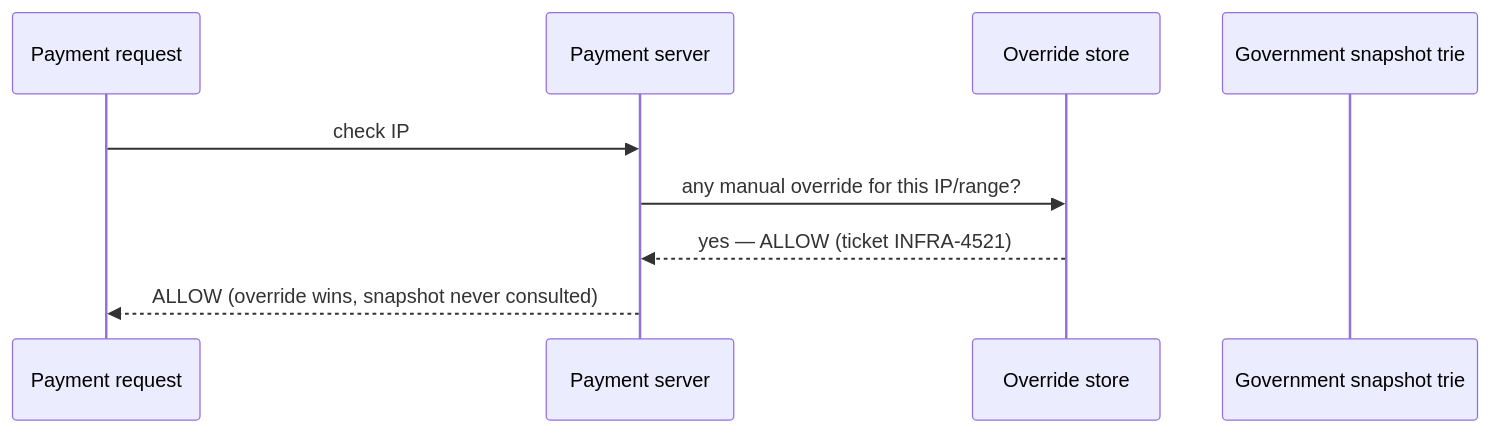
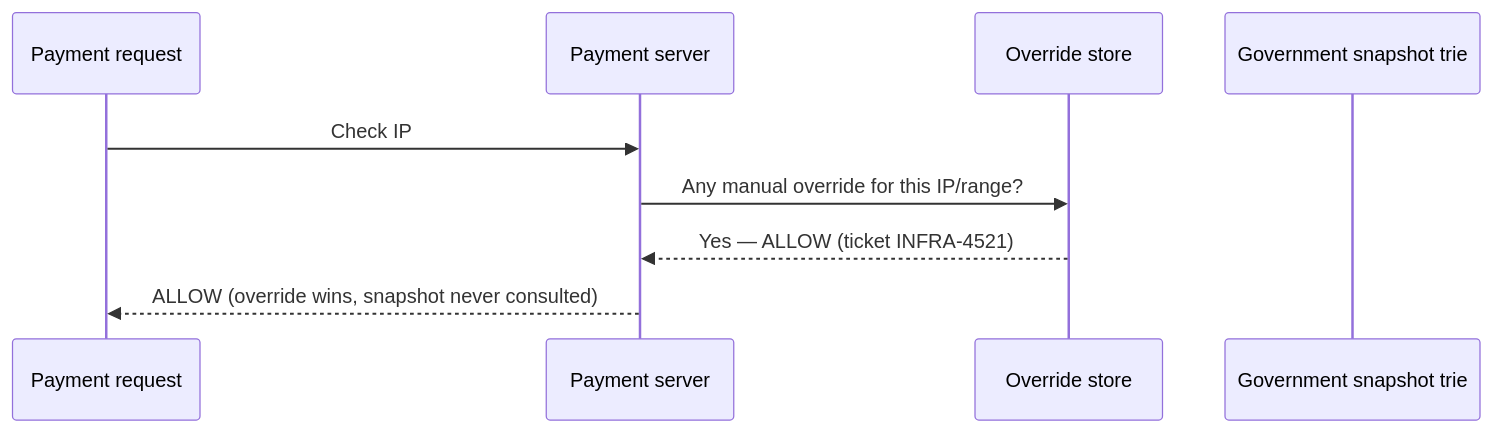
One commit to riyaz-pasha/Learnings changed diagram 12 of 14 in system-design/HLD/0-course/46-Design-an-IP-Allowlist-Blocklist-Service-FAANG-Guide-story.md. Above: the diagram before and after it, drawn with Mermaid. The commit also changed other lines of this file and 1 other file, not shown here.

Commit message:
[REWRITE] IP Allowlist Blocklist Service story guide: simplify prose, add structure, fix diagrams

````diff
--- a/system-design/HLD/0-course/46-Design-an-IP-Allowlist-Blocklist-Service-FAANG-Guide-story.md
+++ b/system-design/HLD/0-course/46-Design-an-IP-Allowlist-Blocklist-Service-FAANG-Guide-story.md
@@ -289,12 +576,12 @@
 ```mermaid
 sequenceDiagram
     participant Req as Payment request
     participant Svc as Payment server
     participant Ovr as Override store
     participant Trie as Government snapshot trie
 
-    Req->>Svc: check IP
-    Svc->>Ovr: any manual override for this IP/range?
-    Ovr-->>Svc: yes — ALLOW (ticket INFRA-4521)
+    Req->>Svc: Check IP
+    Svc->>Ovr: Any manual override for this IP/range?
+    Ovr-->>Svc: Yes — ALLOW (ticket INFRA-4521)
     Svc-->>Req: ALLOW (override wins, snapshot never consulted)
 ```
````
